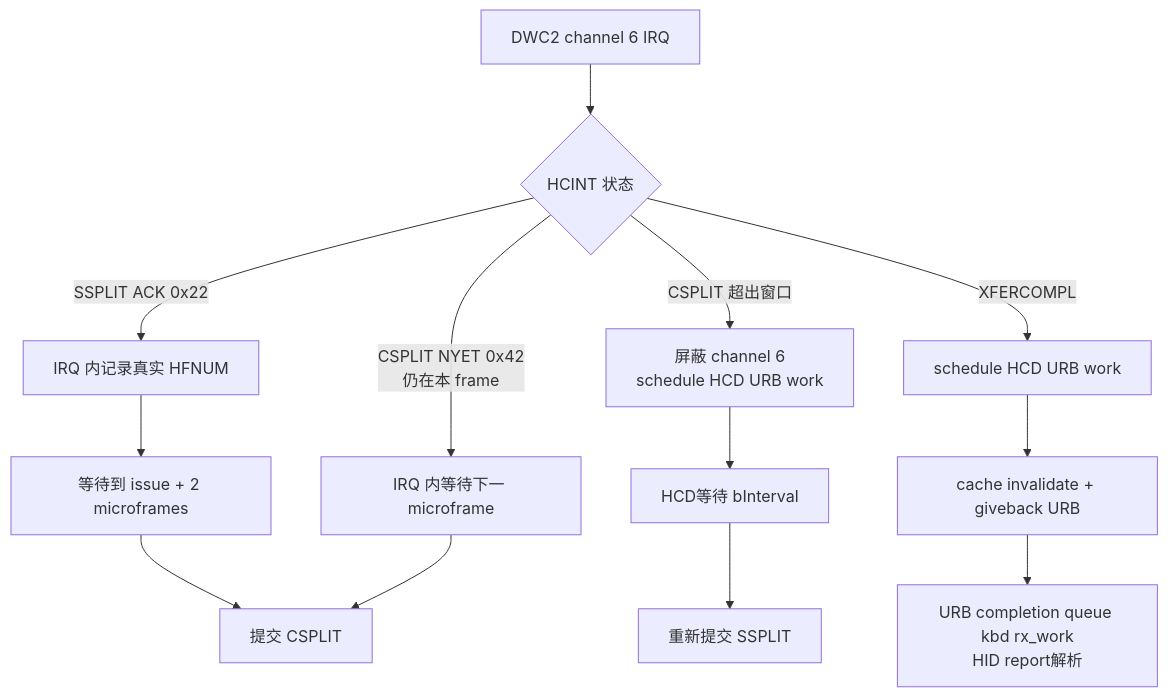
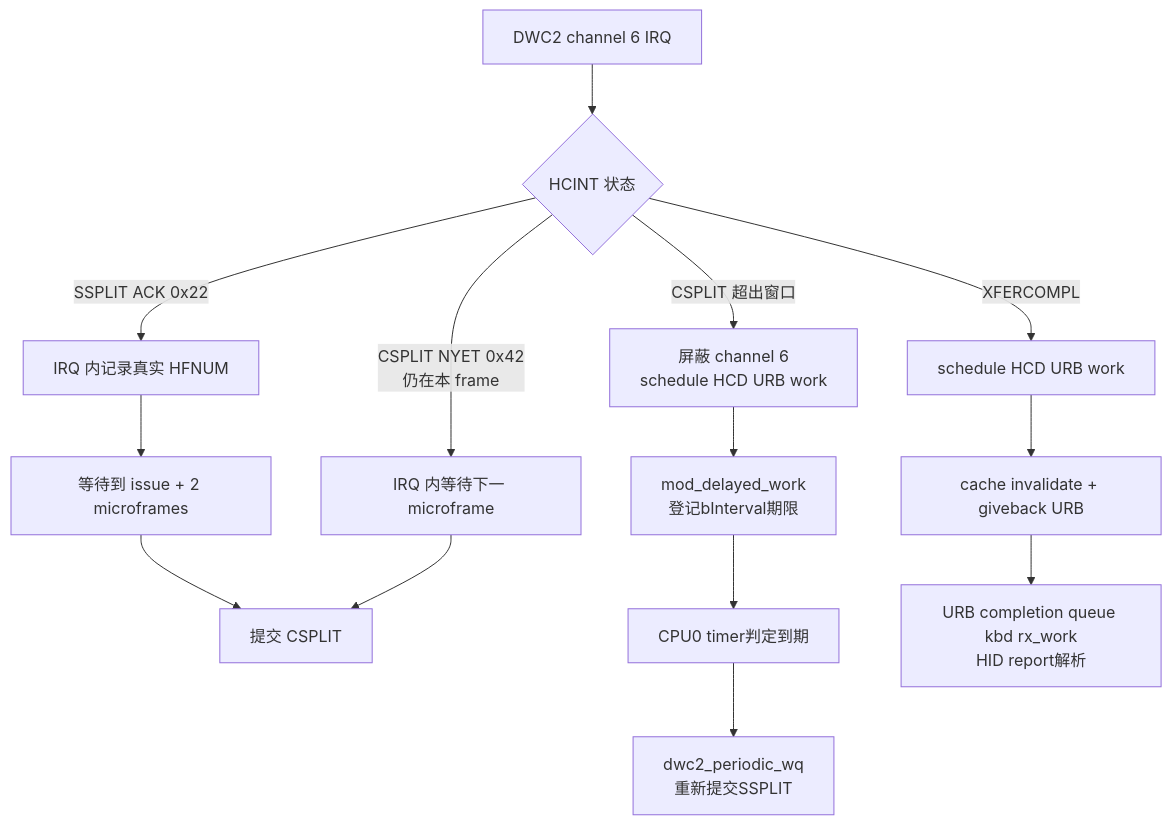
Before and after one commit to jimingkang/xv6-aarch64: the sixth of 10 diagrams in readme/readme_usb_keyboard.md, drawn with Mermaid. The commit also changed other lines of this file and 38 other files, not shown here.

````diff
--- a/readme/readme_usb_keyboard.md
+++ b/readme/readme_usb_keyboard.md
@@ -591,15 +655,16 @@
 ```mermaid
 flowchart TD
     I[DWC2 channel 6 IRQ] --> S{HCINT 状态}
     S -->|SSPLIT ACK 0x22| A[IRQ 内记录真实 HFNUM]
     A --> B[等待到 issue + 2 microframes]
     B --> C[提交 CSPLIT]
     S -->|CSPLIT NYET 0x42<br/>仍在本 frame| D[IRQ 内等待下一 microframe]
     D --> C
     S -->|CSPLIT 超出窗口| W[屏蔽 channel 6<br/>schedule HCD URB work]
-    W --> P[HCD等待 bInterval]
-    P --> R[重新提交 SSPLIT]
+    W --> P[mod_delayed_work<br/>登记bInterval期限]
+    P --> Q[CPU0 timer判定到期]
+    Q --> R[dwc2_periodic_wq<br/>重新提交SSPLIT]
     S -->|XFERCOMPL| X[schedule HCD URB work]
     X --> G[cache invalidate + giveback URB]
     G --> H[URB completion queue kbd rx_work<br/>HID report解析]
 ```
````
